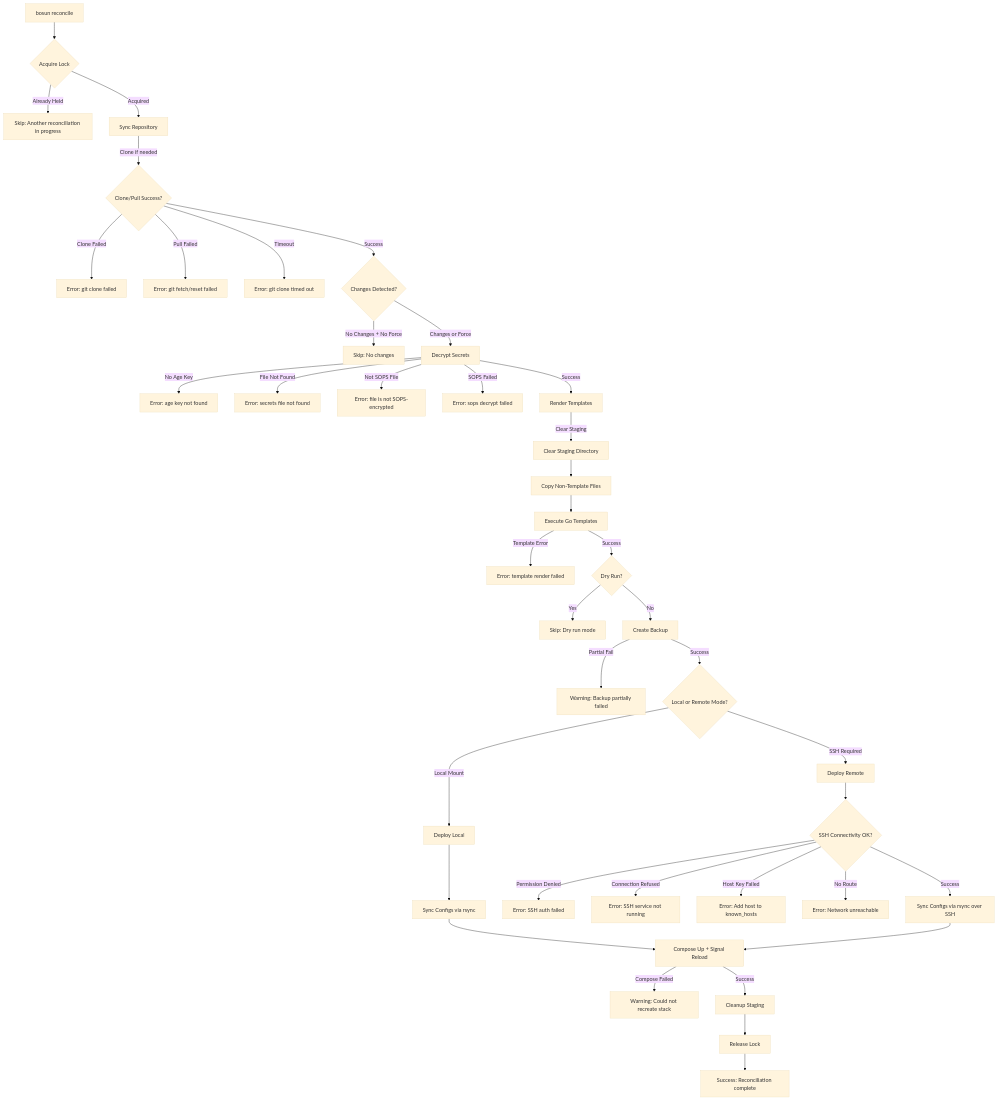
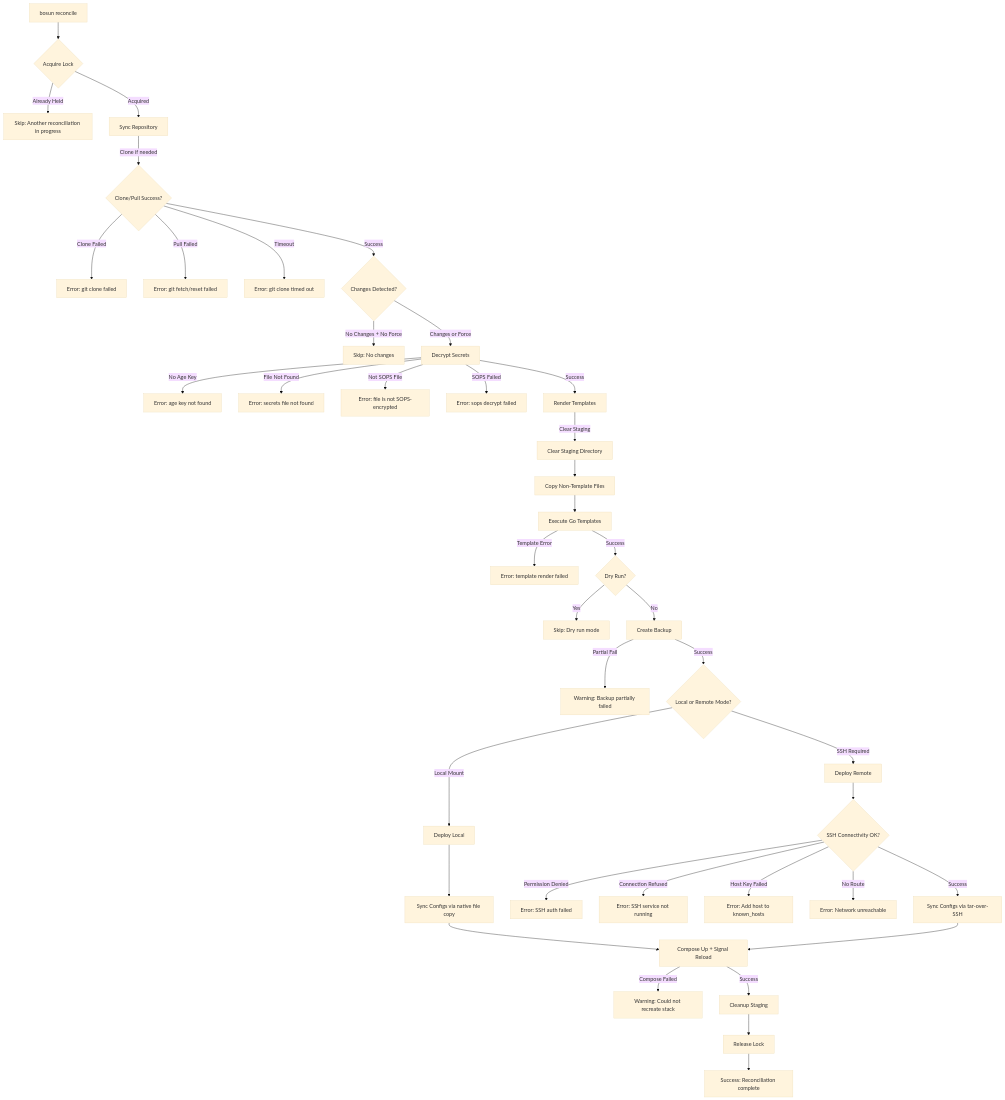
One commit to cameronsjo/bosun changed the third of 7 diagrams in docs/workflows.md. Above: the diagram before and after it, drawn with Mermaid (base theme). The commit also changed other lines of this file and 8 other files, not shown here.

````diff
--- a/docs/workflows.md
+++ b/docs/workflows.md
@@ -178,54 +178,54 @@
 ```mermaid
 flowchart TD
     A[bosun reconcile] --> B{Acquire Lock}
     B -->|Already Held| B_SKIP[Skip: Another reconciliation in progress]
     B -->|Acquired| C[Sync Repository]
 
     C -->|Clone if needed| D{Clone/Pull Success?}
     D -->|Clone Failed| D_ERR1[Error: git clone failed]
     D -->|Pull Failed| D_ERR2[Error: git fetch/reset failed]
     D -->|Timeout| D_ERR3[Error: git clone timed out]
     D -->|Success| E{Changes Detected?}
 
     E -->|No Changes + No Force| E_SKIP[Skip: No changes]
     E -->|Changes or Force| F[Decrypt Secrets]
 
     F -->|No Age Key| F_ERR1[Error: age key not found]
     F -->|File Not Found| F_ERR2[Error: secrets file not found]
     F -->|Not SOPS File| F_ERR3[Error: file is not SOPS-encrypted]
     F -->|SOPS Failed| F_ERR4[Error: sops decrypt failed]
     F -->|Success| G[Render Templates]
 
     G -->|Clear Staging| G1[Clear Staging Directory]
     G1 --> G2[Copy Non-Template Files]
     G2 --> G3[Execute Go Templates]
     G3 -->|Template Error| G_ERR[Error: template render failed]
     G3 -->|Success| H{Dry Run?}
 
     H -->|Yes| H_DRY[Skip: Dry run mode]
     H -->|No| I[Create Backup]
 
     I -->|Partial Fail| I_WARN[Warning: Backup partially failed]
     I -->|Success| J{Local or Remote Mode?}
 
     J -->|Local Mount| K[Deploy Local]
     J -->|SSH Required| L[Deploy Remote]
 
-    K --> M[Sync Configs via rsync]
+    K --> M[Sync Configs via native file copy]
     L --> N{SSH Connectivity OK?}
 
     N -->|Permission Denied| N_ERR1[Error: SSH auth failed]
     N -->|Connection Refused| N_ERR2[Error: SSH service not running]
     N -->|Host Key Failed| N_ERR3[Error: Add host to known_hosts]
     N -->|No Route| N_ERR4[Error: Network unreachable]
-    N -->|Success| O[Sync Configs via rsync over SSH]
+    N -->|Success| O[Sync Configs via tar-over-SSH]
 
     M --> P[Compose Up + Signal Reload]
     O --> P
 
     P -->|Compose Failed| P_WARN[Warning: Could not recreate stack]
     P -->|Success| Q[Cleanup Staging]
 
     Q --> R[Release Lock]
     R --> S[Success: Reconciliation complete]
 ```
````
